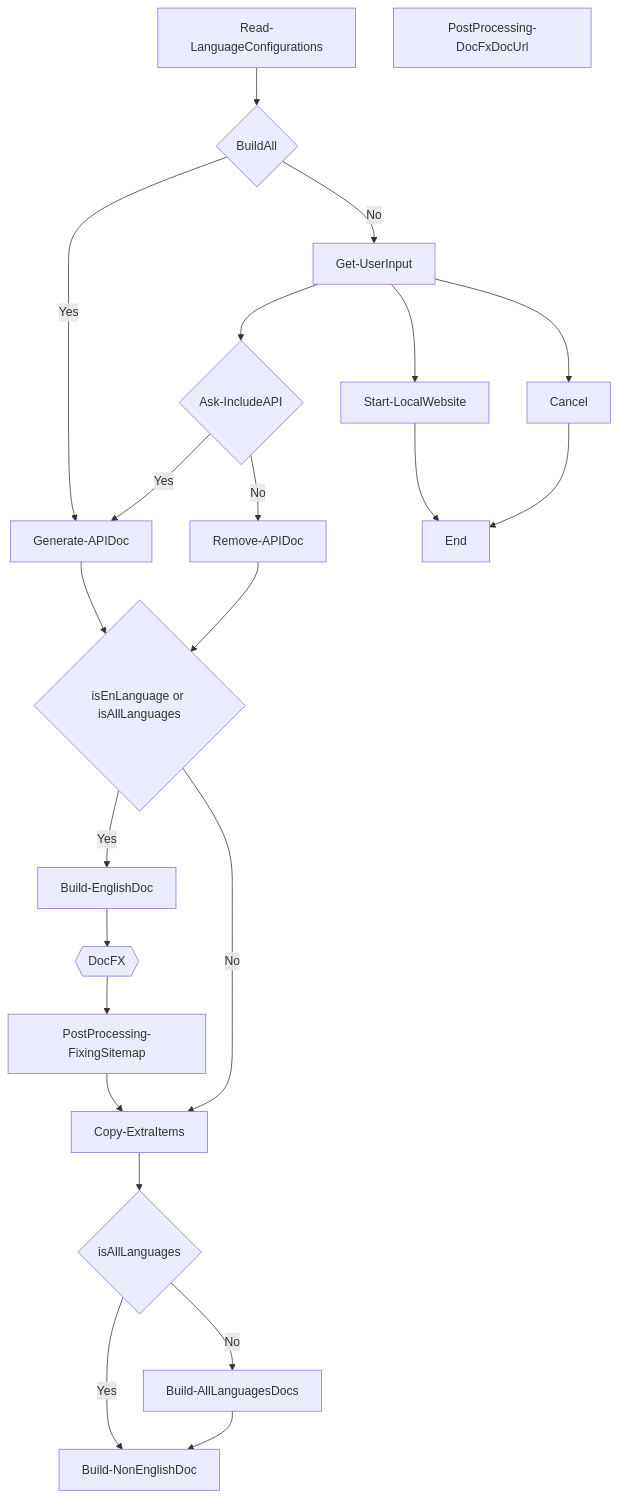
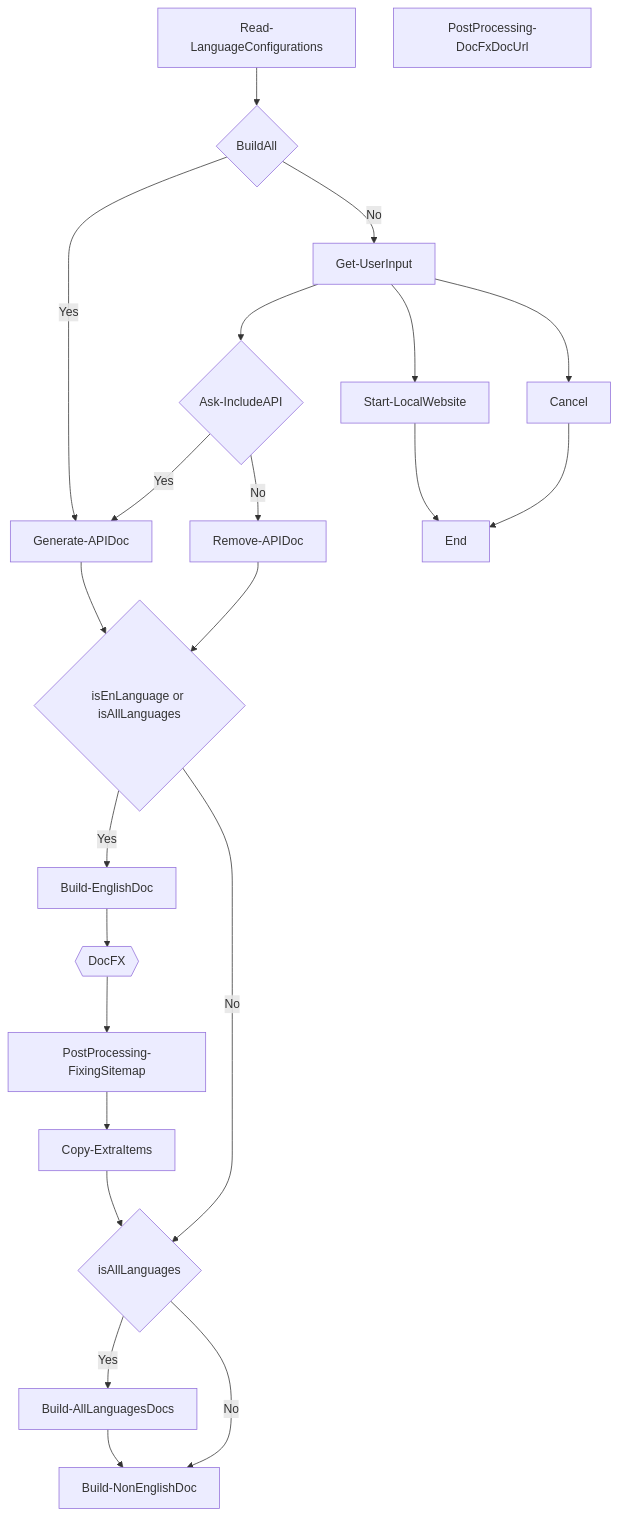
The second of 2 diagrams in README.md (NexStandard/stride-docs-next), drawn with Mermaid before and after one commit.

````diff
--- a/README.md
+++ b/README.md
@@ -165,39 +165,38 @@
 ``` mermaid
 graph TB
     A[Read-LanguageConfigurations]
     X1[BuildAll]
     B[Get-UserInput]
     C[Ask-IncludeAPI]
     D[Copy-ExtraItems]
     E[Start-LocalWebsite]
     F[Generate-APIDoc]
     G[Remove-APIDoc]
     H[Build-EnglishDoc]
     I[Build-NonEnglishDoc]
     J[Build-AllLanguagesDocs]
     K[PostProcessing-DocFxDocUrl]
     L[PostProcessing-FixingSitemap]
     DocFX{{DocFX}}
    
 
     A --> X1{BuildAll}
     X1 -->|Yes| F
     X1 -->|No| B
     B --> C{Ask-IncludeAPI}
     B --> E
     B --> X2[Cancel]
     E --> End
     X2 --> End[End]
     C -->|Yes| F
     C -->|No| G
     G --> X3{isEnLanguage or isAllLanguages}
     F --> X3
     X3 -->|Yes| H
-    X3 -->|No| D
-    H --> DocFX --> L
-    L --> D
+    X3 -->|No| X4
+    H --> DocFX --> L --> D
     D --> X4{isAllLanguages}
-    X4 -->|Yes| I
-    X4 -->|No| J
+    X4 -->|Yes| J
+    X4 -->|No| I
     J --> I
 ```
````
